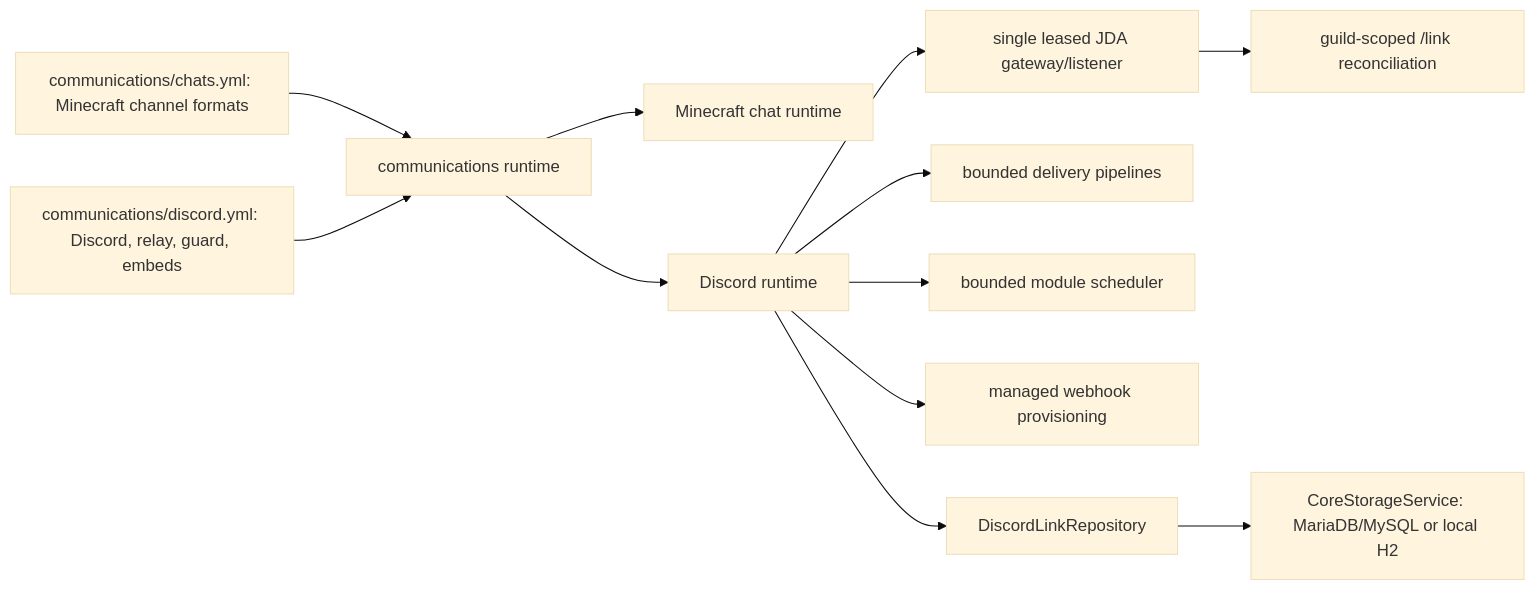
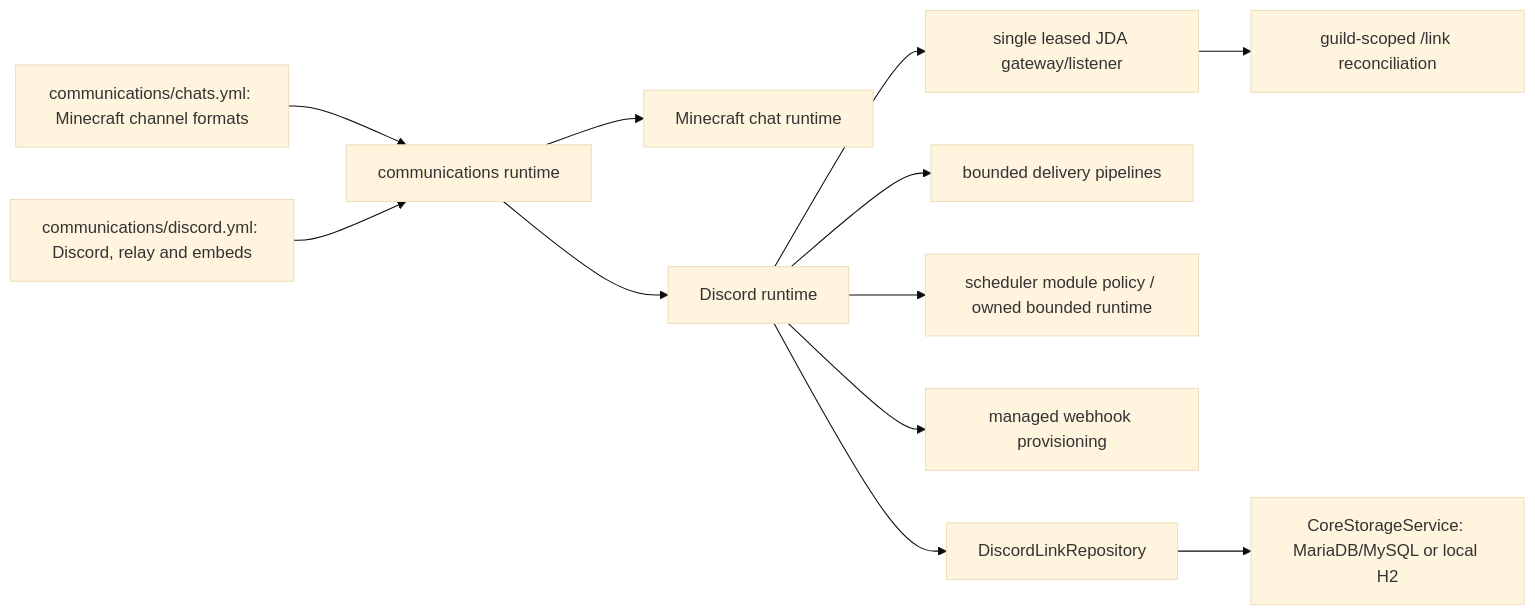
The diagram in docs/PLUGIN_AUDIT.md (TensaCraft/TensaPlugin), drawn with Mermaid (base theme) before and after one commit. The commit also changed other lines of this file and 2 other files, not shown here.

Commit message:
Document streamlined communications operations

````diff
--- a/docs/PLUGIN_AUDIT.md
+++ b/docs/PLUGIN_AUDIT.md
@@ -40,14 +41,14 @@
 ```mermaid
 flowchart LR
     CY["communications/chats.yml: Minecraft channel formats"] --> CM["communications runtime"]
-    DY["communications/discord.yml: Discord, relay, guard, embeds"] --> CM
+    DY["communications/discord.yml: Discord, relay and embeds"] --> CM
     CM --> CHAT["Minecraft chat runtime"]
     CM --> DR["Discord runtime"]
     DR --> GW["single leased JDA gateway/listener"]
     DR --> PIPE["bounded delivery pipelines"]
-    DR --> SCH["bounded module scheduler"]
+    DR --> SCH["scheduler module policy / owned bounded runtime"]
     DR --> WH["managed webhook provisioning"]
     DR --> REPO["DiscordLinkRepository"]
     REPO --> CORE["CoreStorageService: MariaDB/MySQL or local H2"]
     GW --> SLASH["guild-scoped /link reconciliation"]
 ```
````
